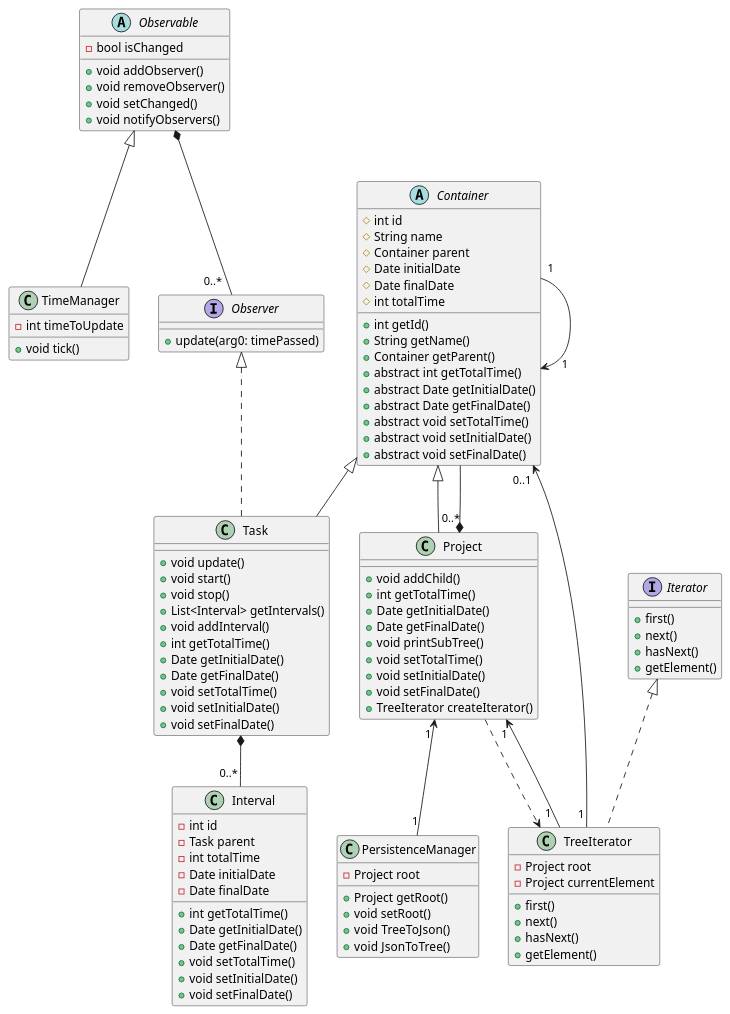
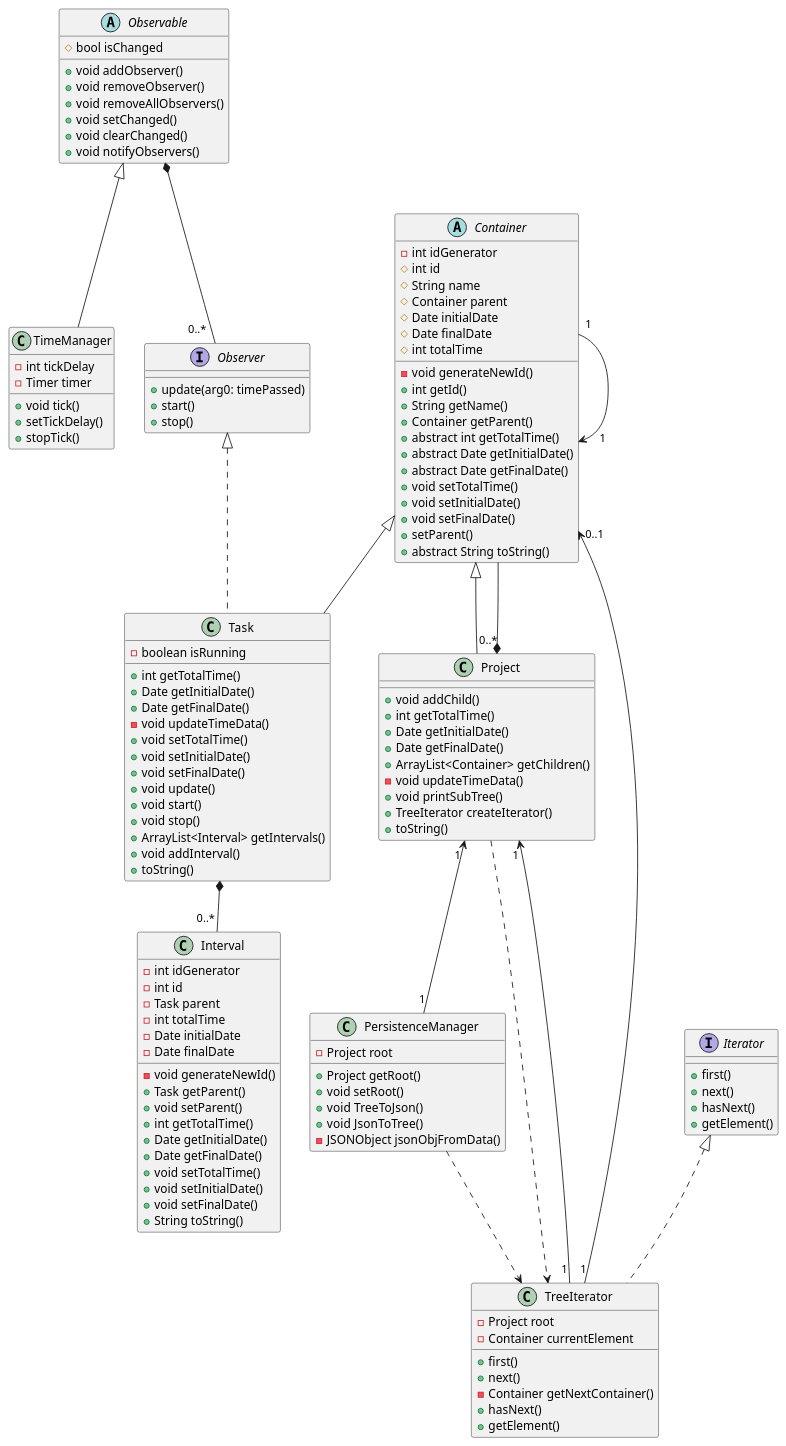
The diagram in TimeTrackerUML.puml (bemo10/time-tracker), drawn with PlantUML before and after one commit. The commit also changed 11 other files, not shown here.

Commit message:
updated UML class diagram

```diff
--- a/TimeTrackerUML.puml
+++ b/TimeTrackerUML.puml
@@ -1,23 +1,33 @@
 @startuml
 
 abstract class Observable {
-    -bool isChanged
+    #bool isChanged
+
     +void addObserver()
     +void removeObserver()
+    +void removeAllObservers()
     +void setChanged()
+    +void clearChanged()
     +void notifyObservers()
 }
 
 class TimeManager {
-    -int timeToUpdate
+    -int tickDelay
+    -Timer timer
+
     +void tick()
+    +setTickDelay()
+    +stopTick()
 }
 
 interface Observer {
     +update(arg0: timePassed)
+    +start()
+    +stop()
 }
 
 abstract class Container {
+    -int idGenerator
     #int id
     #String name
     #Container parent
@@ -25,15 +35,18 @@
     #Date finalDate
     #int totalTime
 
+    -void generateNewId()
     +int getId()
     +String getName()
     +Container getParent()
     +abstract int getTotalTime()
     +abstract Date getInitialDate()
     +abstract Date getFinalDate()
-    +abstract void setTotalTime()
-    +abstract void setInitialDate()
-    +abstract void setFinalDate()
+    +void setTotalTime()
+    +void setInitialDate()
+    +void setFinalDate()
+    +setParent()
+    +abstract String toString()
 }
 
 class Project {
@@ -41,40 +54,49 @@
     +int getTotalTime()
     +Date getInitialDate()
     +Date getFinalDate()
+    +ArrayList<Container> getChildren()
+    -void updateTimeData()
     +void printSubTree()
+    +TreeIterator createIterator()
+    +toString()
+}
+
+class Task {
+    -boolean isRunning
+
+    +int getTotalTime()
+    +Date getInitialDate()
+    +Date getFinalDate()
+    -void updateTimeData()
     +void setTotalTime()
     +void setInitialDate()
     +void setFinalDate()
-    +TreeIterator createIterator()
-}
-
-class Task {
     +void update()
     +void start()
     +void stop()
-    +List<Interval> getIntervals()
+    +ArrayList<Interval> getIntervals()
     +void addInterval()
+    +toString()
+}
+
+class Interval {
+    -int idGenerator
+    -int id
+    -Task parent
+    -int totalTime
+    -Date initialDate
+    -Date finalDate
+
+    -void generateNewId()
+    +Task getParent()
+    +void setParent()
     +int getTotalTime()
     +Date getInitialDate()
     +Date getFinalDate()
     +void setTotalTime()
     +void setInitialDate()
     +void setFinalDate()
-}
-
-class Interval {
-    -int id
-    -Task parent
-    -int totalTime
-    -Date initialDate
-    -Date finalDate
-
-    +int getTotalTime()
-    +Date getInitialDate()
-    +Date getFinalDate()
-    +void setTotalTime()
-    +void setInitialDate()
-    +void setFinalDate()
+    +String toString()
 }
 
 class PersistenceManager {
@@ -84,6 +106,7 @@
     +void setRoot()
     +void TreeToJson()
     +void JsonToTree()
+    -JSONObject jsonObjFromData()
 }
 
 interface Iterator {
@@ -95,10 +118,11 @@
 
 class TreeIterator {
     -Project root
-    -Project currentElement
+    -Container currentElement
 
     +first()
     +next()
+    -Container getNextContainer()
     +hasNext()
     +getElement()
 }
@@ -183,9 +207,10 @@
 Observable *-- "0..*  " Observer
 Project "1 " <-- "1" PersistenceManager
 Iterator <|.. TreeIterator
-TreeIterator "1  " --> "1 " Project
-TreeIterator "1 " --> "0..1  " Container
+TreeIterator "1 " --> "1 " Project
+TreeIterator "1" --> "0..1  " Container
 Project ..> TreeIterator
+PersistenceManager ..> TreeIterator
 
 /'
 Invoker o-- Command
```
